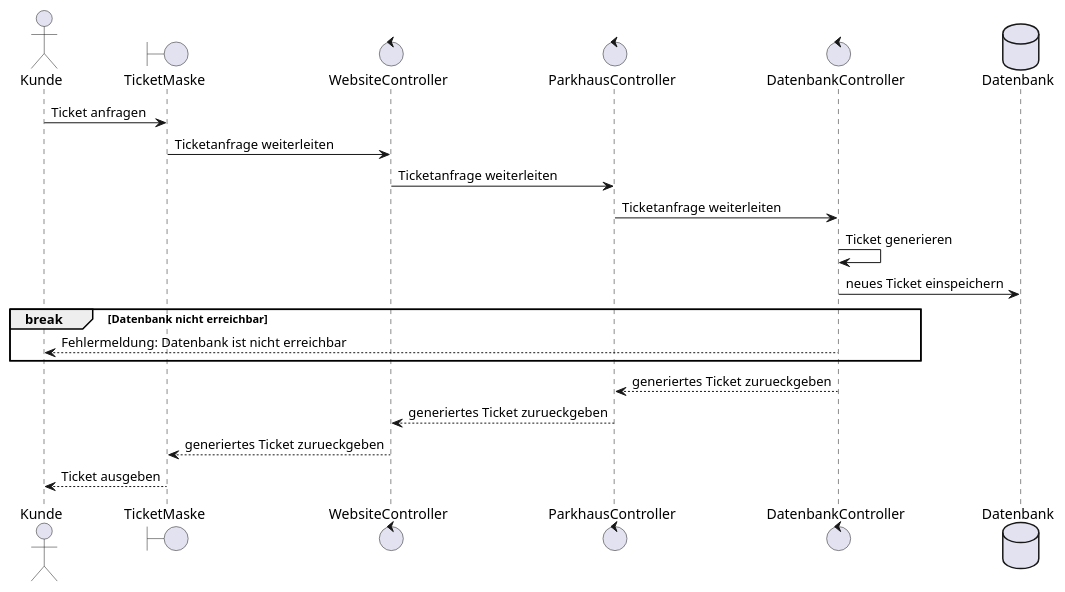
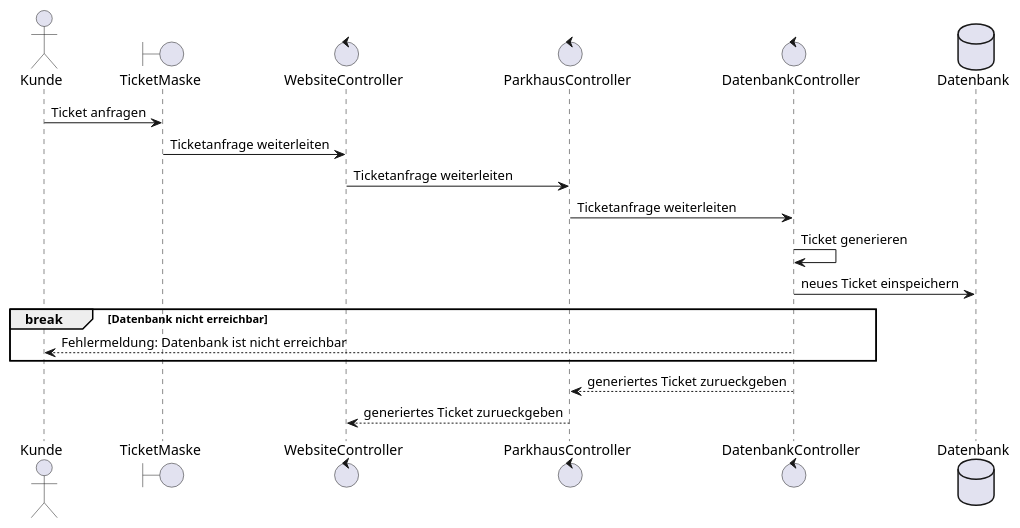
Before and after one commit to SilverLous/Software-EngineeringProject: the diagram in dokumentation/UML/5.2.2_Sequenzdiagramm.puml, drawn with PlantUML.

Commit message:
Sequenzdiagramm überarbeitet

```diff
--- a/dokumentation/UML/5.2.2_Sequenzdiagramm.puml
+++ b/dokumentation/UML/5.2.2_Sequenzdiagramm.puml
@@ -1,24 +1,22 @@
 @startuml
 actor Kunde
 boundary TicketMaske
 control WebsiteController
 control ParkhausController
 control DatenbankController
 
 database Datenbank
 Kunde -> TicketMaske : Ticket anfragen
 TicketMaske -> WebsiteController : Ticketanfrage weiterleiten
 WebsiteController -> ParkhausController : Ticketanfrage weiterleiten
 ParkhausController -> DatenbankController : Ticketanfrage weiterleiten
 DatenbankController -> DatenbankController : Ticket generieren
 DatenbankController -> Datenbank : neues Ticket einspeichern
 
 break Datenbank nicht erreichbar
         DatenbankController --> Kunde : Fehlermeldung: Datenbank ist nicht erreichbar
 end
 
 DatenbankController --> ParkhausController : generiertes Ticket zurueckgeben
 ParkhausController --> WebsiteController : generiertes Ticket zurueckgeben
-WebsiteController --> TicketMaske : generiertes Ticket zurueckgeben
-TicketMaske --> Kunde : Ticket ausgeben
 @enduml
```
